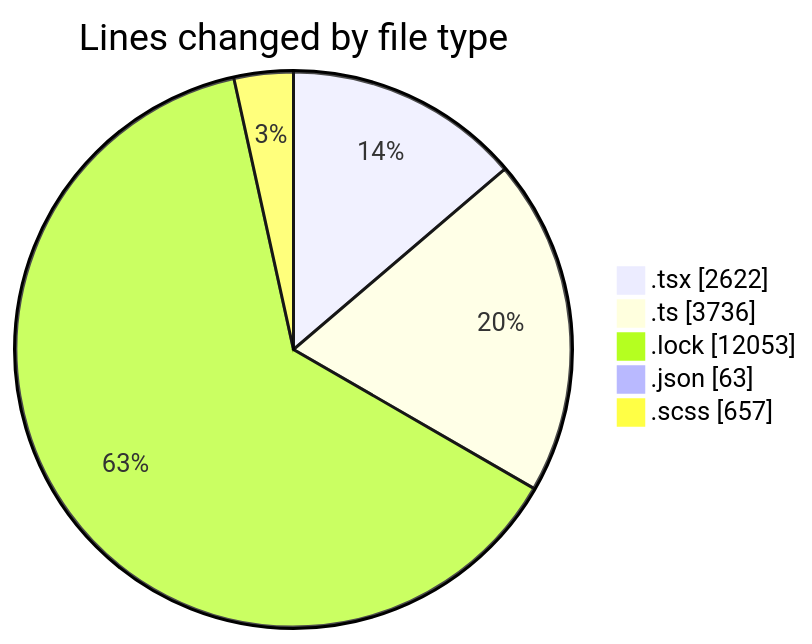
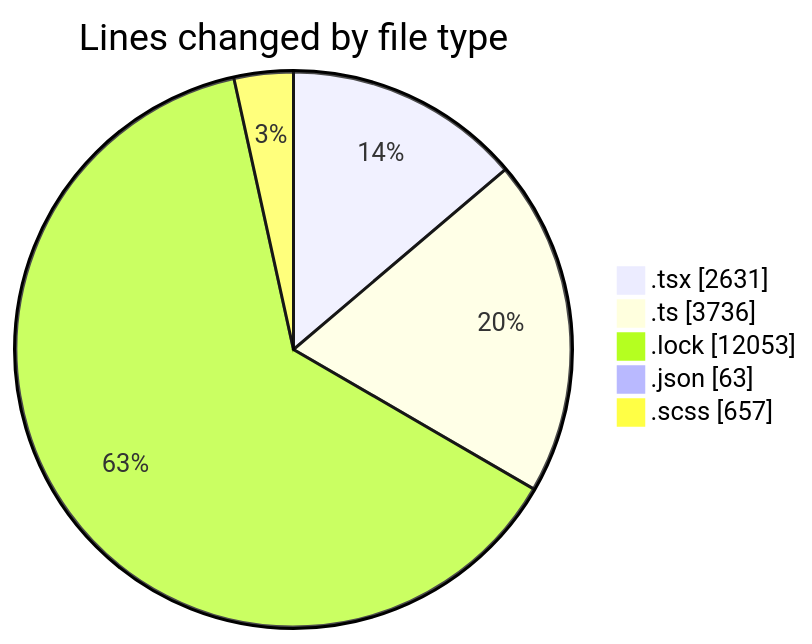
Before and after one commit to momahboobian/code-tracking: the first of 2 diagrams in 2025-12-03/cda/README.md, drawn with Mermaid. The commit also changed other lines of this file and 1 other file, not shown here.

````diff
--- a/2025-12-03/cda/README.md
+++ b/2025-12-03/cda/README.md
@@ -30,9 +30,9 @@
 ```mermaid
 pie showData
 title Lines changed by file type
-".tsx" : 2622
+".tsx" : 2631
 ".ts" : 3736
 ".lock" : 12053
 ".json" : 63
 ".scss" : 657
 ```
````
